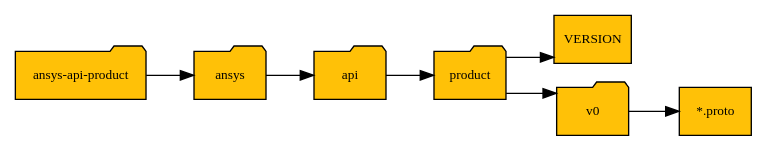
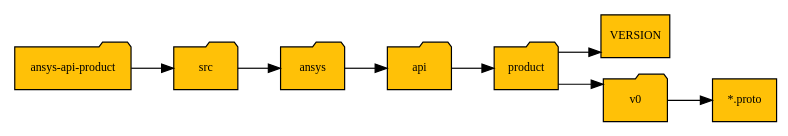
Before and after one commit to ansys/pyansys-dev-guide: the diagram in doc/source/packaging/diag/grpc_structure_diag.rst, drawn with Graphviz.

Commit message:
Add src layer.

```diff
--- a/doc/source/packaging/diag/grpc_structure_diag.rst
+++ b/doc/source/packaging/diag/grpc_structure_diag.rst
@@ -2,53 +2,58 @@
 .. graphviz::
     :caption: Namespace convention for gRPC interface packages.
     :alt: Namespace convention for gRPC interface packages. 
     :align: center
 
      digraph "sphinx-ext-graphviz" {
          size="8,6";
          rankdir="LR";
          bgcolor="white";
          graph [
            fontname="Verdana", fontsize="10", color="black", fillcolor="white",splines=ortho
          ];
          node [
            fontname="Verdana", fontsize="10", style="filled", color="black", fillcolor="#ffc107"
          ];
 
          ansys_api_product [
            label="ansys-api-product", shape="folder"
+         ];
+
+         src [
+           label="src", shape="folder"
          ];
 
          ansys [
            label="ansys", shape="folder"
          ];
 
          api [
            label="api", shape="folder"
          ];
 
          product [
            label="product", shape="folder"
          ];
 
          version [
            label="VERSION", shape="file"
          ];
 
          v0 [
            label="v0", shape="folder"
          ];
 
          proto_files [
            label="\*.proto", shape="file"
          ];
 
 
-         ansys_api_product -> ansys;
+         ansys_api_product -> src;
+         src -> ansys;
          ansys -> api;
          api -> product;
          product -> version;
          product -> v0;
          v0 -> proto_files;
 
      }
```
